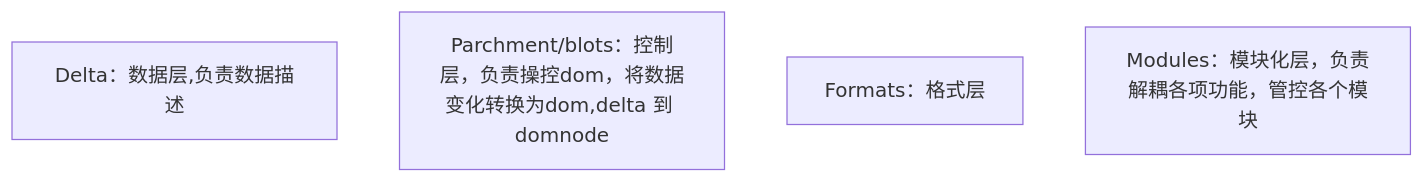
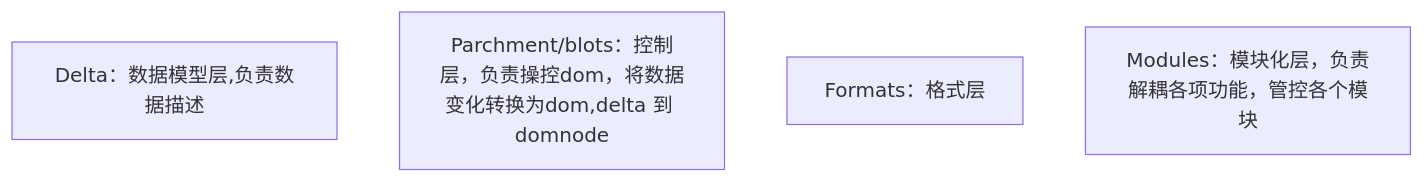
Before and after one commit to yelikang/ylk-quill: the diagram in packages/quill/README.md, drawn with Mermaid.

Commit message:
delta数据模型名称修改

````diff
--- a/packages/quill/README.md
+++ b/packages/quill/README.md
@@ -11,7 +11,7 @@
 ```mermaid
 graph TD
-   A[Delta：数据层,负责数据描述]
+   A[Delta：数据模型层,负责数据描述]
    B[Parchment/blots：控制层，负责操控dom，将数据变化转换为dom,delta 到 domnode]
    C[Formats：格式层]
    D[Modules：模块化层，负责解耦各项功能，管控各个模块]
 ```
````
